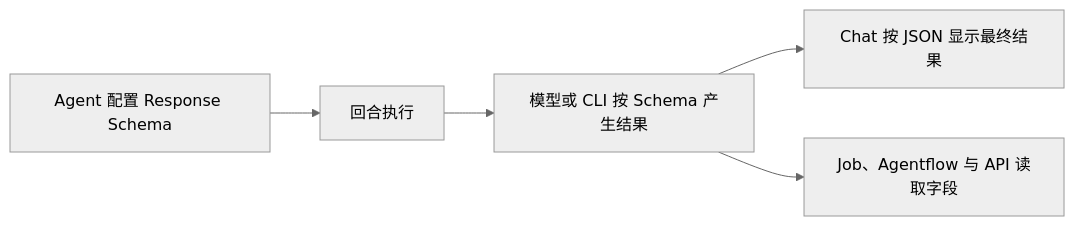
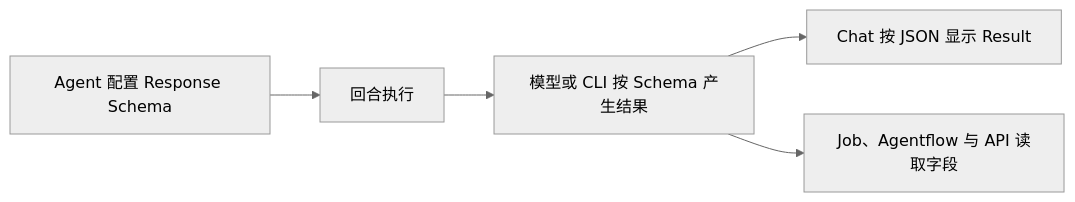
The diagram in site/content/docs/features/structured-output.zh.md (zxyao145/agw), drawn with Mermaid (neutral theme) before and after one commit. The commit also changed other lines of this file and 72 other files, not shown here.

````diff
--- a/site/content/docs/features/structured-output.zh.md
+++ b/site/content/docs/features/structured-output.zh.md
@@ -51,7 +51,7 @@
 ```mermaid
 flowchart LR
     A["Agent 配置 Response Schema"] --> B["回合执行"]
     B --> C["模型或 CLI 按 Schema 产生结果"]
-    C --> D["Chat 按 JSON 显示最终结果"]
+    C --> D["Chat 按 JSON 显示 Result"]
     C --> E["Job、Agentflow 与 API 读取字段"]
 ```
````
